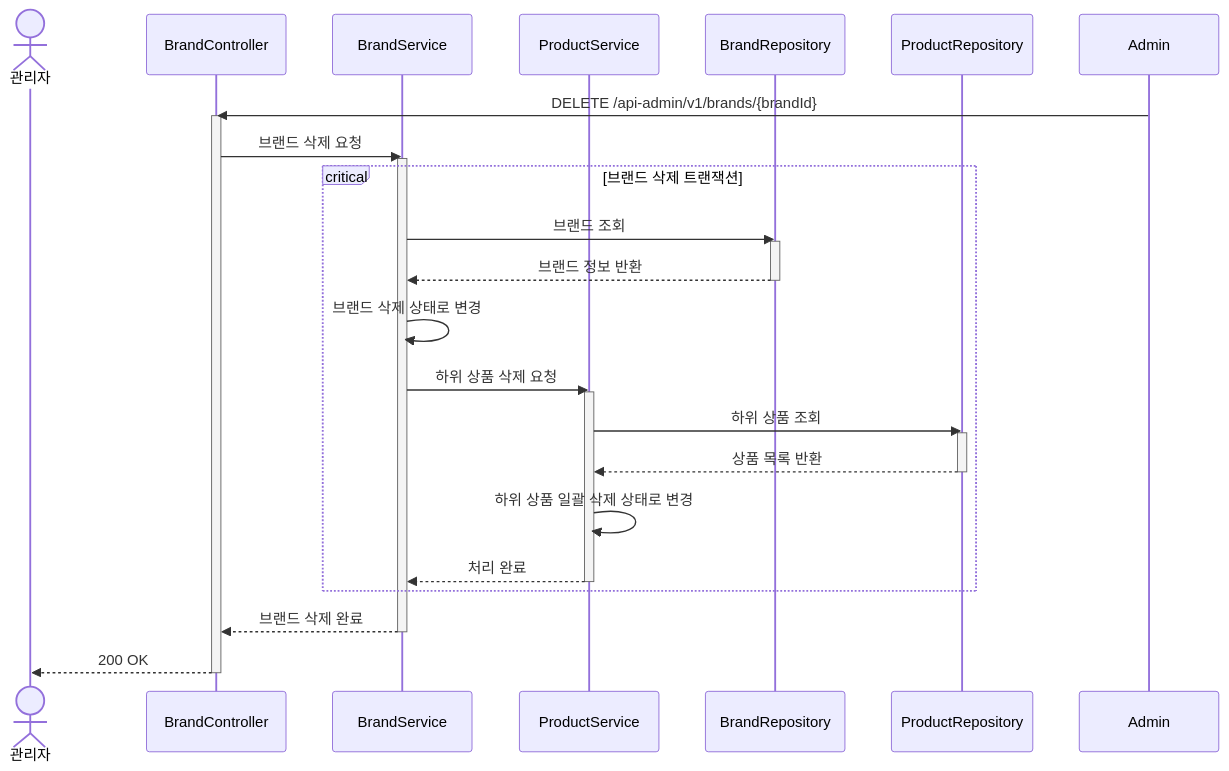
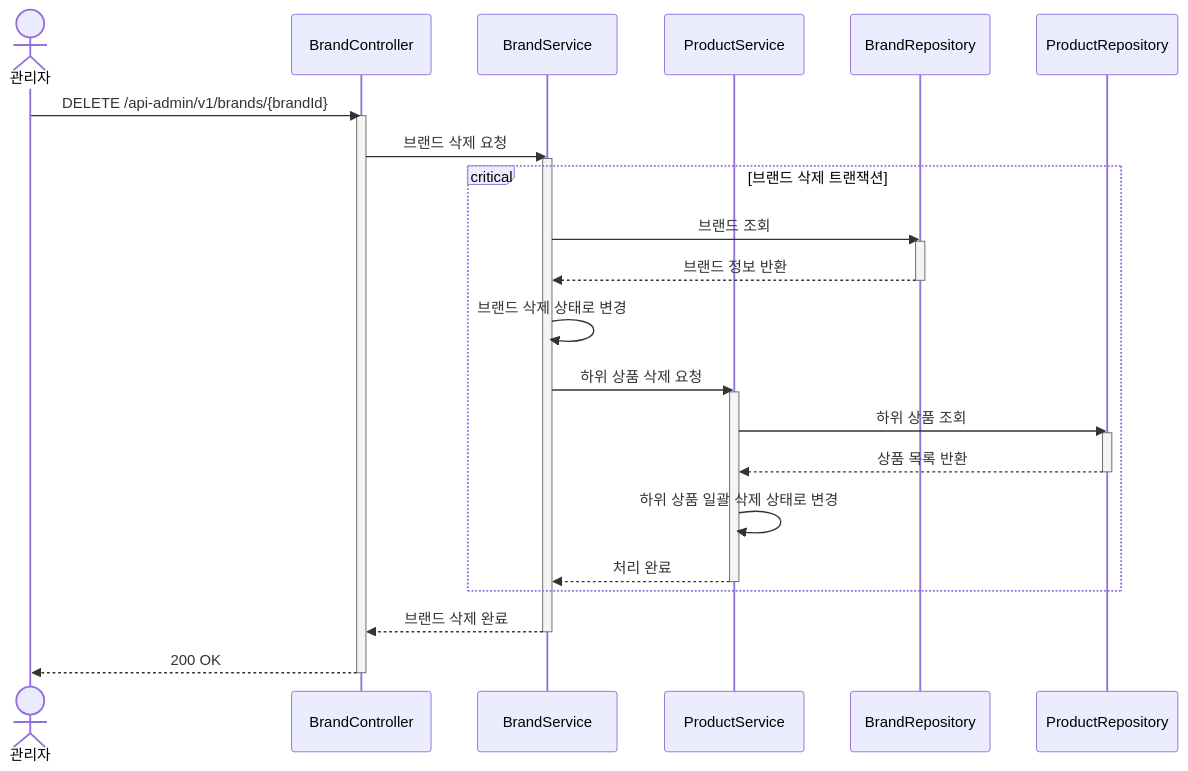
The second of 3 diagrams in docs/design/02-sequence-diagrams.md (Loopers-dev-lab/loop-pack-be-l2-vol3-java), drawn with Mermaid before and after one commit. The commit also changed 1 other file, not shown here.

Commit message:
docs: 상품 수정 API PUT→PATCH 변경, 불필요한 비즈니스 룰 제거, actor 명칭 통일

````diff
--- a/docs/design/02-sequence-diagrams.md
+++ b/docs/design/02-sequence-diagrams.md
@@ -46,38 +46,38 @@
 ```mermaid
 sequenceDiagram
     actor 관리자
     participant BC as BrandController
     participant BS as BrandService
     participant PS as ProductService
     participant BR as BrandRepository
     participant PR as ProductRepository
 
-    Admin->>BC: DELETE /api-admin/v1/brands/{brandId}
+    관리자->>BC: DELETE /api-admin/v1/brands/{brandId}
     activate BC
     BC->>BS: 브랜드 삭제 요청
     activate BS
 
     critical 브랜드 삭제 트랜잭션
         BS->>BR: 브랜드 조회
         activate BR
         BR-->>BS: 브랜드 정보 반환
         deactivate BR
 
         BS->>BS: 브랜드 삭제 상태로 변경
 
         BS->>PS: 하위 상품 삭제 요청
         activate PS
         PS->>PR: 하위 상품 조회
         activate PR
         PR-->>PS: 상품 목록 반환
         deactivate PR
         PS->>PS: 하위 상품 일괄 삭제 상태로 변경
         PS-->>BS: 처리 완료
         deactivate PS
     end
 
     BS-->>BC: 브랜드 삭제 완료
     deactivate BS
     BC-->>관리자: 200 OK
     deactivate BC
 ```
````
